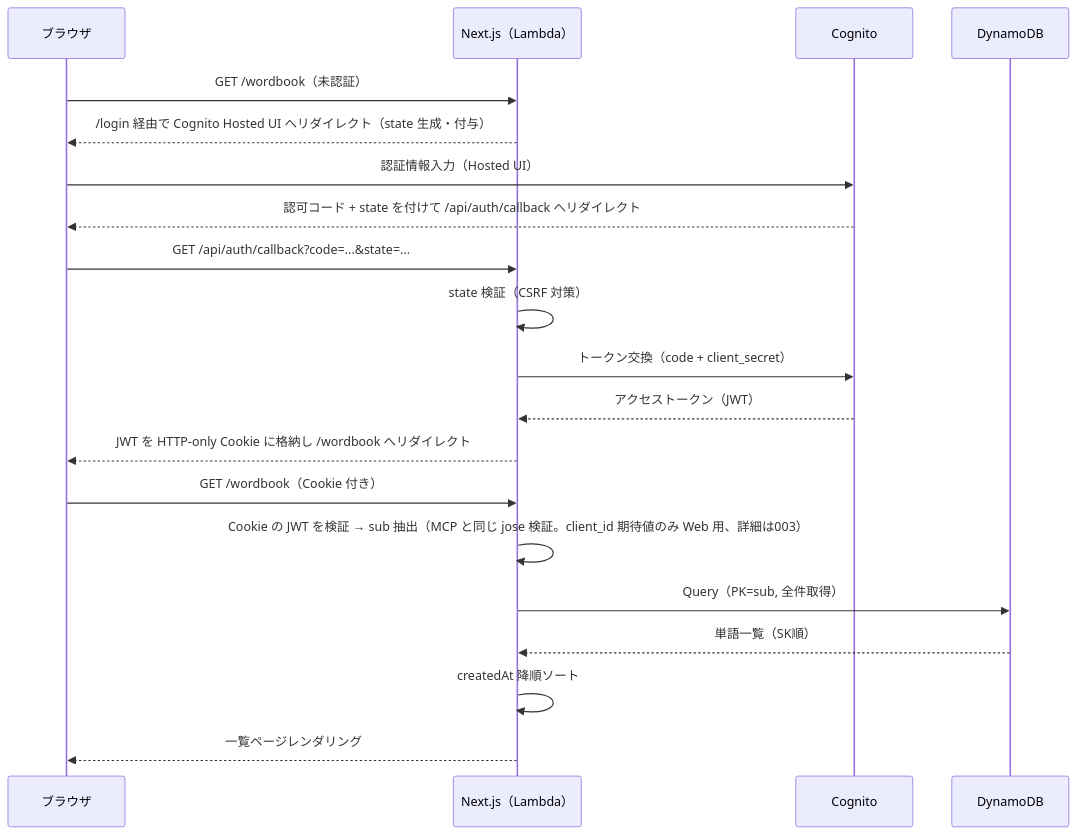
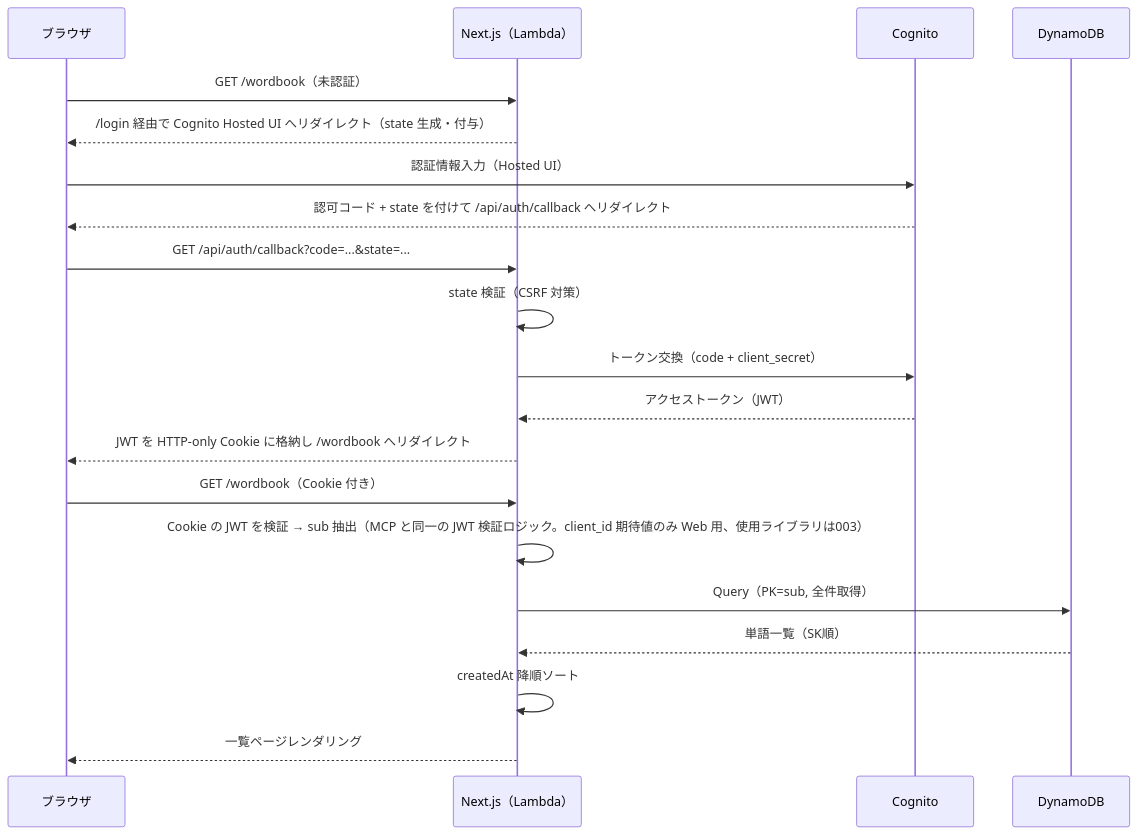
One commit to ANTON072/AI-Wordbook changed the fifth of 5 diagrams in docs/002_functional-design.md. Above: the diagram before and after it, drawn with Mermaid. The commit also changed other lines of this file and 3 other files, not shown here.

````diff
--- a/docs/002_functional-design.md
+++ b/docs/002_functional-design.md
@@ -177,23 +177,23 @@
 ```mermaid
 sequenceDiagram
   participant BR as ブラウザ
   participant NEXT as Next.js（Lambda）
   participant COG as Cognito
   participant DDB as DynamoDB
 
   BR->>NEXT: GET /wordbook（未認証）
   NEXT-->>BR: /login 経由で Cognito Hosted UI へリダイレクト（state 生成・付与）
   BR->>COG: 認証情報入力（Hosted UI）
   COG-->>BR: 認可コード + state を付けて /api/auth/callback へリダイレクト
   BR->>NEXT: GET /api/auth/callback?code=...&state=...
   NEXT->>NEXT: state 検証（CSRF 対策）
   NEXT->>COG: トークン交換（code + client_secret）
   COG-->>NEXT: アクセストークン（JWT）
   NEXT-->>BR: JWT を HTTP-only Cookie に格納し /wordbook へリダイレクト
   BR->>NEXT: GET /wordbook（Cookie 付き）
-  NEXT->>NEXT: Cookie の JWT を検証 → sub 抽出（MCP と同じ jose 検証。client_id 期待値のみ Web 用、詳細は003）
+  NEXT->>NEXT: Cookie の JWT を検証 → sub 抽出（MCP と同一の JWT 検証ロジック。client_id 期待値のみ Web 用、使用ライブラリは003）
   NEXT->>DDB: Query（PK=sub, 全件取得）
   DDB-->>NEXT: 単語一覧（SK順）
   NEXT->>NEXT: createdAt 降順ソート
   NEXT-->>BR: 一覧ページレンダリング
 ```
````
